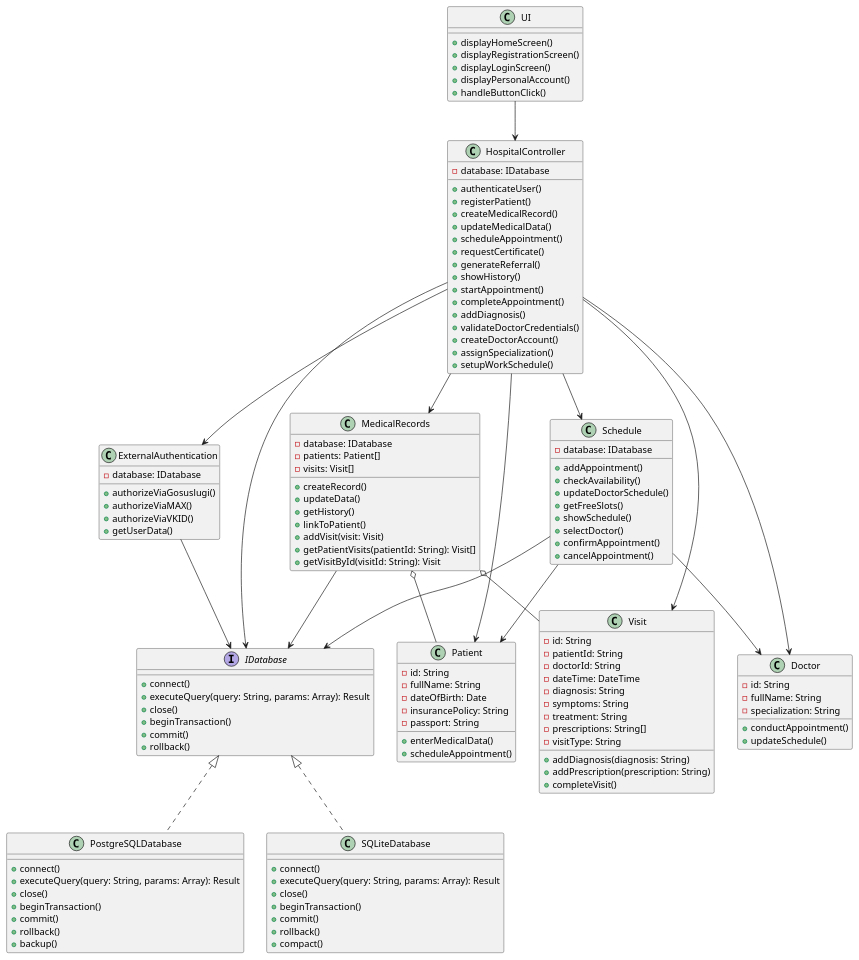
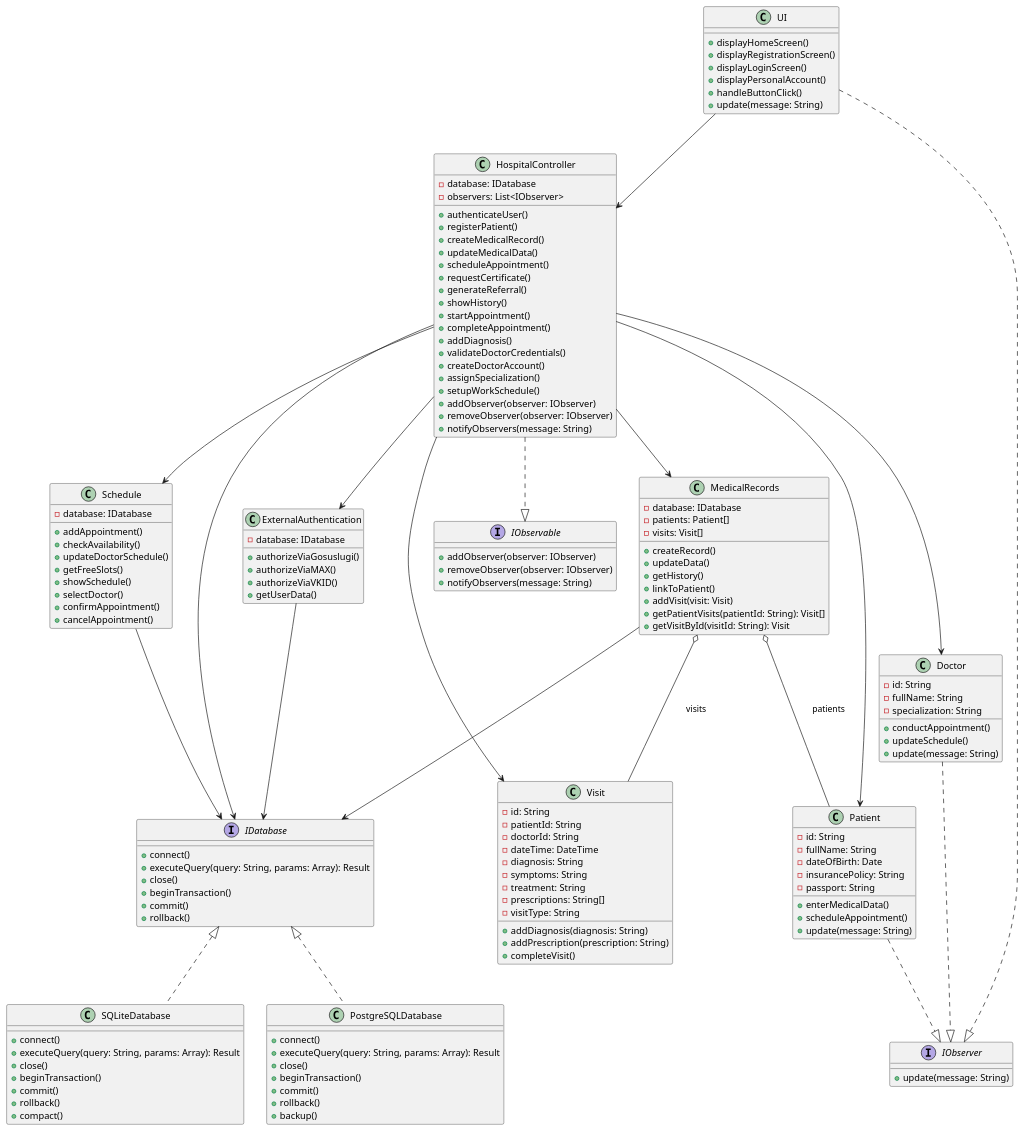
Before and after one commit to penamarth/bsbo-02-23_team5_var3_clinic: the diagram in Classdiagram.md, drawn with PlantUML.

```diff
--- a/Classdiagram.md
+++ b/Classdiagram.md
@@ -6,10 +6,12 @@
     +displayLoginScreen()
     +displayPersonalAccount()
     +handleButtonClick()
+    +update(message: String)
 }
 
 class HospitalController {
     -database: IDatabase
+    -observers: List<IObserver>
     +authenticateUser()
     +registerPatient()
     +createMedicalRecord()
@@ -25,6 +27,9 @@
     +createDoctorAccount()
     +assignSpecialization()
     +setupWorkSchedule()
+    +addObserver(observer: IObserver)
+    +removeObserver(observer: IObserver)
+    +notifyObservers(message: String)
 }
 
 class ExternalAuthentication {
@@ -43,6 +48,7 @@
     -passport: String
     +enterMedicalData()
     +scheduleAppointment()
+    +update(message: String)
 }
 
 class Doctor {
@@ -51,6 +57,7 @@
     -specialization: String
     +conductAppointment()
     +updateSchedule()
+    +update(message: String)
 }
 
 class Visit {
@@ -122,6 +129,16 @@
     +compact()
 }
 
+interface IObserver {
+    +update(message: String)
+}
+
+interface IObservable {
+    +addObserver(observer: IObserver)
+    +removeObserver(observer: IObserver)
+    +notifyObservers(message: String)
+}
+
 UI --> HospitalController
 
 HospitalController --> ExternalAuthentication
@@ -131,14 +148,15 @@
 HospitalController --> Doctor
 HospitalController --> Visit
 
-MedicalRecords o-- Patient 
-MedicalRecords o-- Visit 
+MedicalRecords o-- Patient : patients
+MedicalRecords o-- Visit : visits
 
+HospitalController ..|> IObservable
+UI ..|> IObserver
+Patient ..|> IObserver
+Doctor ..|> IObserver
 
 Schedule --> IDatabase
-Schedule --> Doctor
-Schedule --> Patient
-
 HospitalController --> IDatabase
 ExternalAuthentication --> IDatabase
 MedicalRecords --> IDatabase
```
